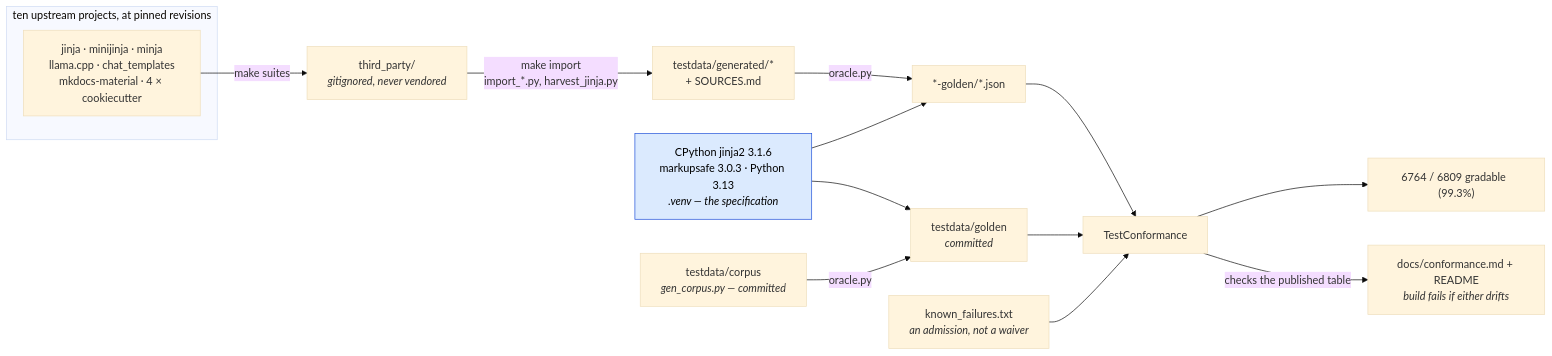
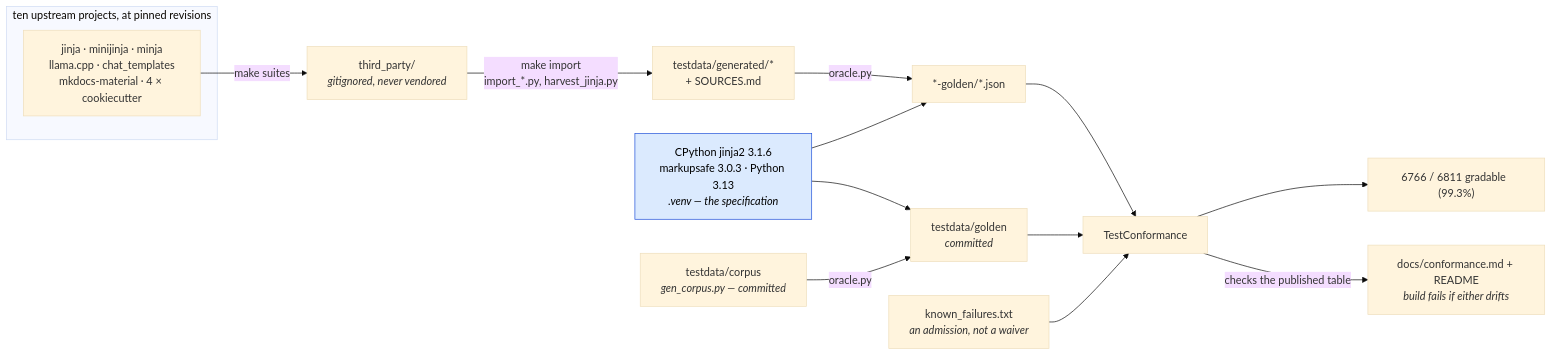
One commit to mgilbir/gojja2 changed the first of 2 diagrams in docs/conformance.md. Above: the diagram before and after it, drawn with Mermaid (base theme). The commit also changed other lines of this file and 12 other files, not shown here.

````diff
--- a/docs/conformance.md
+++ b/docs/conformance.md
@@ -17,24 +17,24 @@
 ```mermaid
 flowchart LR
     subgraph up["ten upstream projects, at pinned revisions"]
         U1["jinja · minijinja · minja<br/>llama.cpp · chat_templates<br/>mkdocs-material · 4 × cookiecutter"]
     end
     U1 -->|"make suites"| TP["third_party/<br/><i>gitignored, never vendored</i>"]
     TP -->|"make import<br/>import_*.py, harvest_jinja.py"| GEN["testdata/generated/*<br/>+ SOURCES.md"]
 
     ORA["CPython jinja2 3.1.6<br/>markupsafe 3.0.3 · Python 3.13<br/><i>.venv — the specification</i>"]
     GEN -->|"oracle.py"| G2["*-golden/*.json"]
     ORA --> G2
 
     OWN["testdata/corpus<br/><i>gen_corpus.py — committed</i>"] -->|"oracle.py"| G1["testdata/golden<br/><i>committed</i>"]
     ORA --> G1
 
     G1 --> TC["TestConformance"]
     G2 --> TC
     KF["known_failures.txt<br/><i>an admission, not a waiver</i>"] --> TC
-    TC --> RATE["6764 / 6809 gradable  (99.3%)"]
+    TC --> RATE["6766 / 6811 gradable  (99.3%)"]
     TC -->|"checks the published table"| RM["docs/conformance.md + README<br/><i>build fails if either drifts</i>"]
 
     classDef spec fill:#dbeafe,stroke:#1d4ed8,color:#000
     class ORA spec
 ```
````
